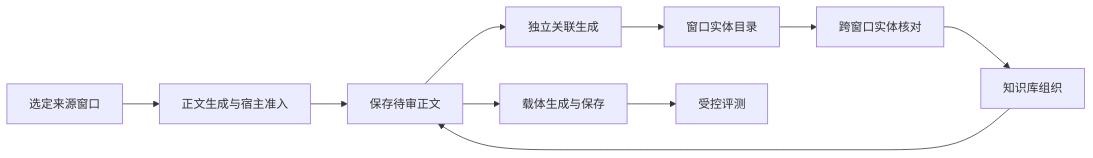
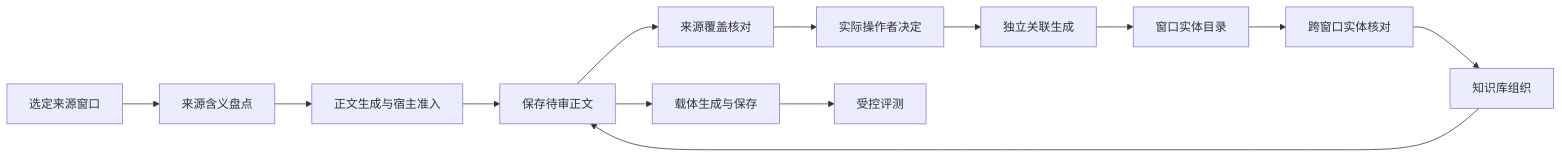
One commit to lizhiyao/oh-my-knowledge changed the diagram in docs/zh/specs/knowledge/knowledge-domain-model.md. Above: the diagram before and after it, drawn with Mermaid. The commit also changed other lines of this file and 76 other files, not shown here.

First line of the commit message:
feat(knowledge)!: BREAKING-SCHEMA/API/WIRE/COMPARABILITY 接通来源先行的四阶段生成 (#1413)

````diff
--- a/docs/zh/specs/knowledge/knowledge-domain-model.md
+++ b/docs/zh/specs/knowledge/knowledge-domain-model.md
@@ -30,12 +32,15 @@
 ```mermaid
 flowchart LR
-  source[选定来源窗口] --> extract[正文生成与宿主准入]
+  source[选定来源窗口] --> ledger[来源含义盘点]
+  ledger --> extract[正文生成与宿主准入]
   extract --> knowledge[保存待审正文]
-  knowledge --> association[独立关联生成]
+  knowledge --> coverage[来源覆盖核对]
+  coverage --> decision[实际操作者决定]
+  decision --> association[独立关联生成]
   association --> catalog[窗口实体目录]
   catalog --> review[跨窗口实体核对]
   review --> library[知识库组织]
   library --> knowledge
   knowledge --> carrier[载体生成与保存]
   carrier --> evaluate[受控评测]
 ```
````
